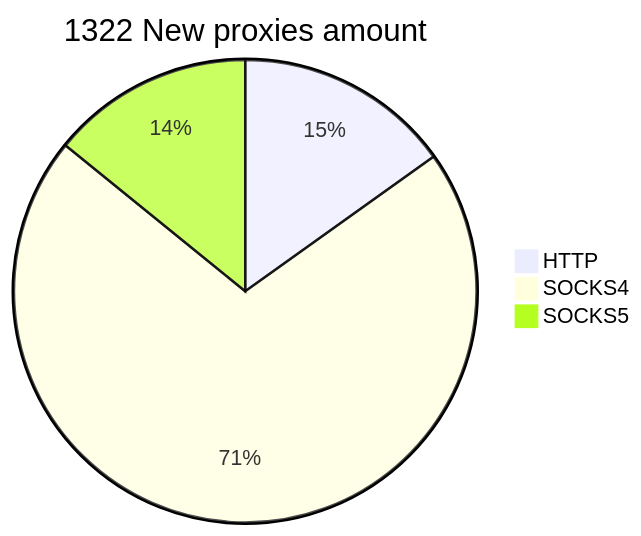
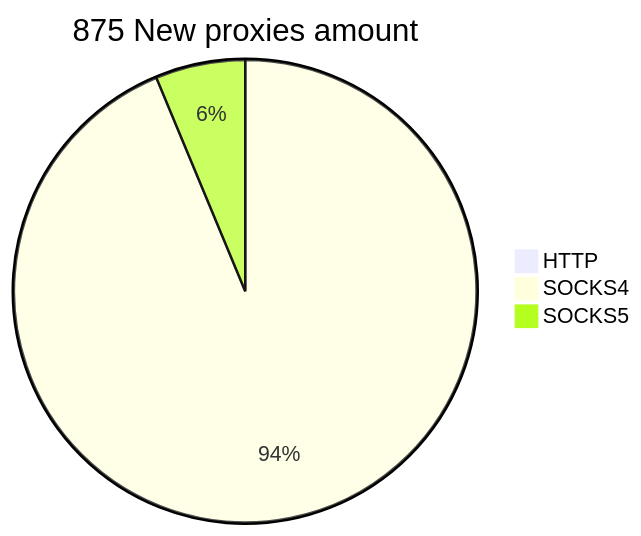
Before and after one commit to cutipu/proxylist: the second of 2 diagrams in README.md, drawn with Mermaid. The commit also changed other lines of this file, not shown here.

````diff
--- a/README.md
+++ b/README.md
@@ -10,6 +10,6 @@
 ```mermaid
-pie title 1322 New proxies amount
-    "HTTP" : 200
-    "SOCKS4" : 935
-    "SOCKS5" : 187
+pie title 875 New proxies amount
+    "HTTP" : 0
+    "SOCKS4" : 821
+    "SOCKS5" : 55
 ```
````
